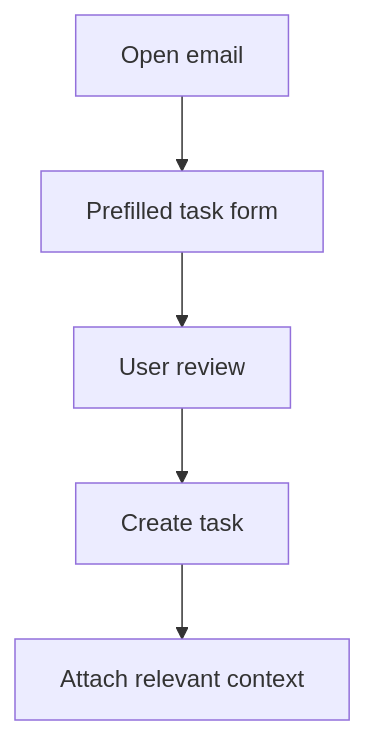
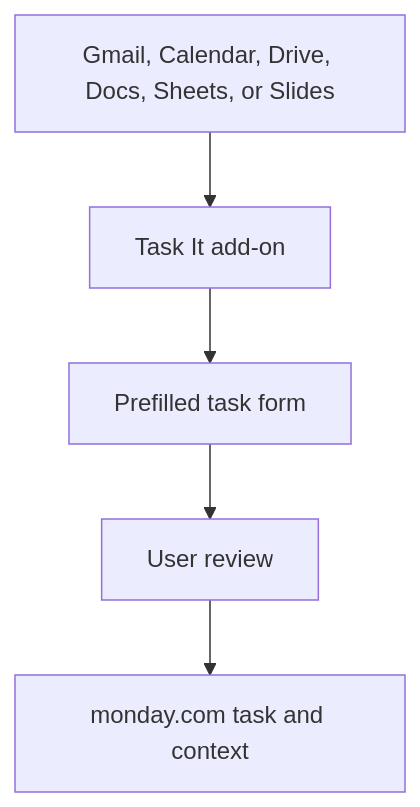
Before and after one commit to garcial11/finance-ai-transformation: the diagram in case-studies/task-it.md, drawn with Mermaid. The commit also changed other lines of this file, not shown here.

Commit message:
Expand Task It across Google Workspace

````diff
--- a/case-studies/task-it.md
+++ b/case-studies/task-it.md
@@ -13,7 +13,7 @@
 ```mermaid
 flowchart TD
-    A[Open email] --> B[Prefilled task form]
-    B --> C[User review]
-    C --> D[Create task]
-    D --> E[Attach relevant context]
+    A[Gmail, Calendar, Drive, Docs, Sheets, or Slides] --> B[Task It add-on]
+    B --> C[Prefilled task form]
+    C --> D[User review]
+    D --> E[monday.com task and context]
 ```
````
